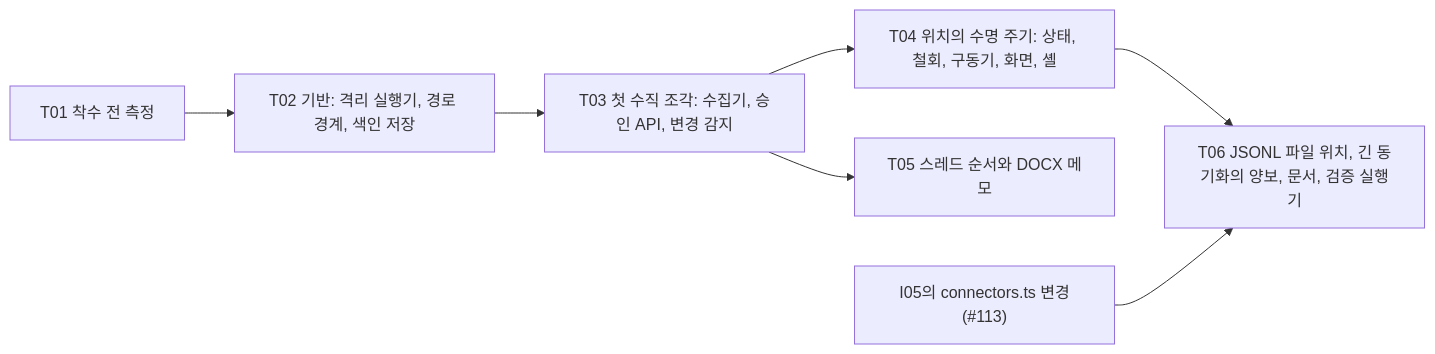
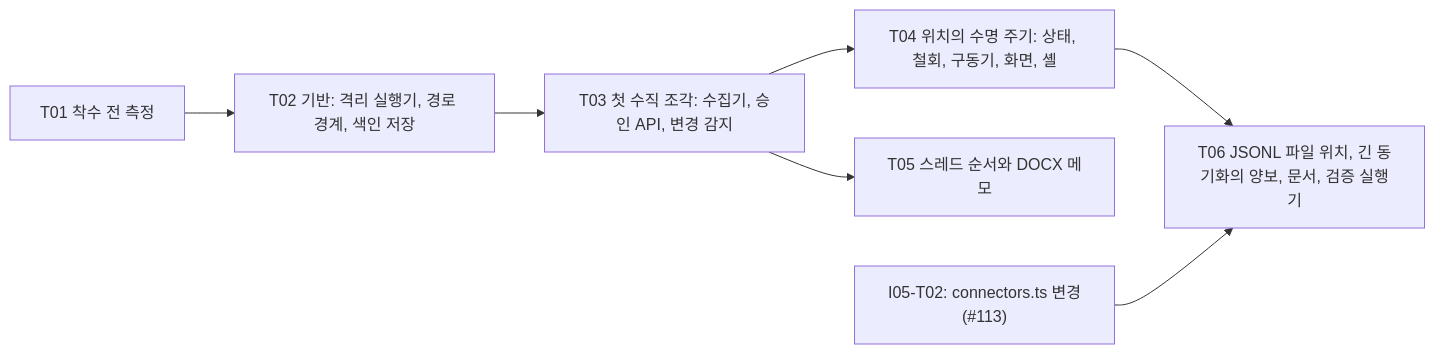
The fourth of 4 diagrams in docs/specs/2026-11-22-I02-local-file-import.md (nohdol97/PKI), drawn with Mermaid before and after one commit. The commit also changed other lines of this file, not shown here.

````diff
--- a/docs/specs/2026-11-22-I02-local-file-import.md
+++ b/docs/specs/2026-11-22-I02-local-file-import.md
@@ -736,9 +736,9 @@
 ```mermaid
 flowchart LR
   T01["T01 착수 전 측정"] --> T02["T02 기반: 격리 실행기, 경로 경계, 색인 저장"]
   T02 --> T03["T03 첫 수직 조각: 수집기, 승인 API, 변경 감지"]
   T03 --> T04["T04 위치의 수명 주기: 상태, 철회, 구동기, 화면, 셸"]
   T03 --> T05["T05 스레드 순서와 DOCX 메모"]
   T04 --> T06["T06 JSONL 파일 위치, 긴 동기화의 양보, 문서, 검증 실행기"]
-  I05["I05의 connectors.ts 변경(#113)"] --> T06
+  I05["I05-T02: connectors.ts 변경(#113)"] --> T06
 ```
````
